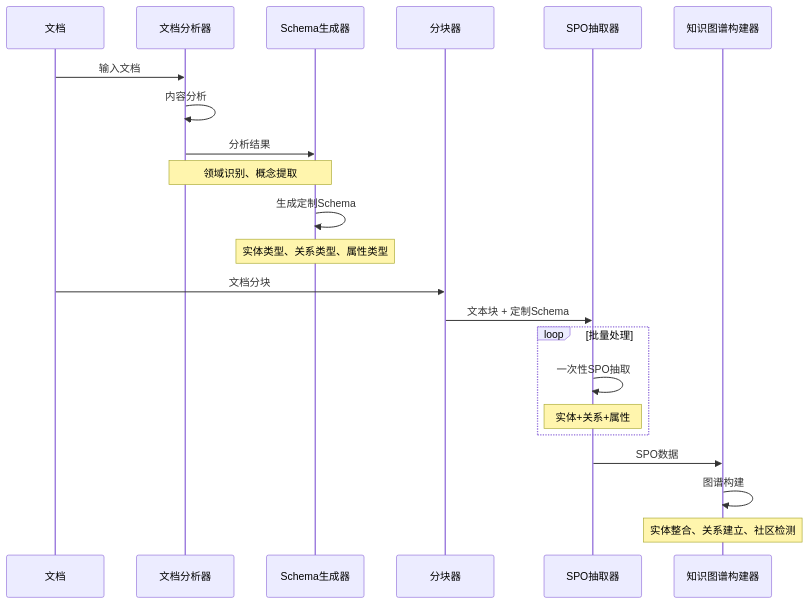
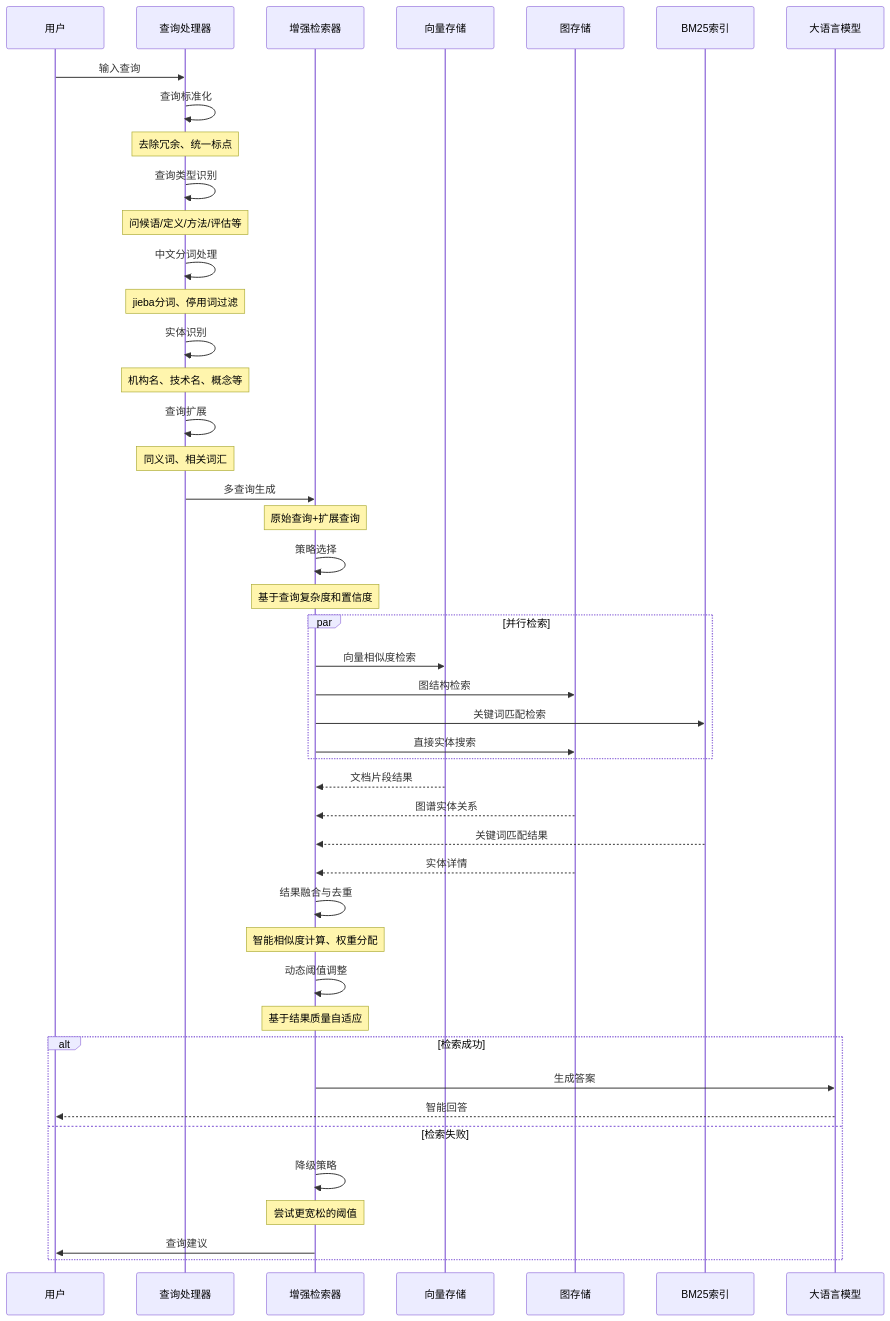
One commit to DemonDamon/AgenticX-GraphRAG changed the eighth of 14 diagrams in README.md. Above: the diagram before and after it, drawn with Mermaid. The commit also changed other lines of this file, not shown here.

````diff
--- a/README.md
+++ b/README.md
@@ -467,29 +563,60 @@
 ```mermaid
 sequenceDiagram
-    participant D as 文档
-    participant DA as 文档分析器
-    participant SG as Schema生成器
-    participant C as 分块器
-    participant SE as SPO抽取器
-    participant KB as 知识图谱构建器
+    participant U as 用户
+    participant QP as 查询处理器
+    participant ER as 增强检索器
+    participant VS as 向量存储
+    participant GS as 图存储
+    participant BS as BM25索引
+    participant LLM as 大语言模型
     
-    D->>DA: 输入文档
-    DA->>DA: 内容分析
-    DA->>SG: 分析结果
-    Note over DA,SG: 领域识别、概念提取
+    U->>QP: 输入查询
     
-    SG->>SG: 生成定制Schema
-    Note over SG: 实体类型、关系类型、属性类型
+    QP->>QP: 查询标准化
+    Note over QP: 去除冗余、统一标点
     
-    D->>C: 文档分块
-    C->>SE: 文本块 + 定制Schema
+    QP->>QP: 查询类型识别
+    Note over QP: 问候语/定义/方法/评估等
     
-    loop 批量处理
-        SE->>SE: 一次性SPO抽取
-        Note over SE: 实体+关系+属性
+    QP->>QP: 中文分词处理
+    Note over QP: jieba分词、停用词过滤
+    
+    QP->>QP: 实体识别
+    Note over QP: 机构名、技术名、概念等
+    
+    QP->>QP: 查询扩展
+    Note over QP: 同义词、相关词汇
+    
+    QP->>ER: 多查询生成
+    Note over ER: 原始查询+扩展查询
+    
+    ER->>ER: 策略选择
+    Note over ER: 基于查询复杂度和置信度
+    
+    par 并行检索
+        ER->>VS: 向量相似度检索
+        ER->>GS: 图结构检索
+        ER->>BS: 关键词匹配检索
+        ER->>GS: 直接实体搜索
     end
     
-    SE->>KB: SPO数据
-    KB->>KB: 图谱构建
-    Note over KB: 实体整合、关系建立、社区检测
+    VS-->>ER: 文档片段结果
+    GS-->>ER: 图谱实体关系
+    BS-->>ER: 关键词匹配结果
+    GS-->>ER: 实体详情
+    
+    ER->>ER: 结果融合与去重
+    Note over ER: 智能相似度计算、权重分配
+    
+    ER->>ER: 动态阈值调整
+    Note over ER: 基于结果质量自适应
+    
+    alt 检索成功
+        ER->>LLM: 生成答案
+        LLM-->>U: 智能回答
+    else 检索失败
+        ER->>ER: 降级策略
+        Note over ER: 尝试更宽松的阈值
+        ER->>U: 查询建议
+    end
 ```
````
